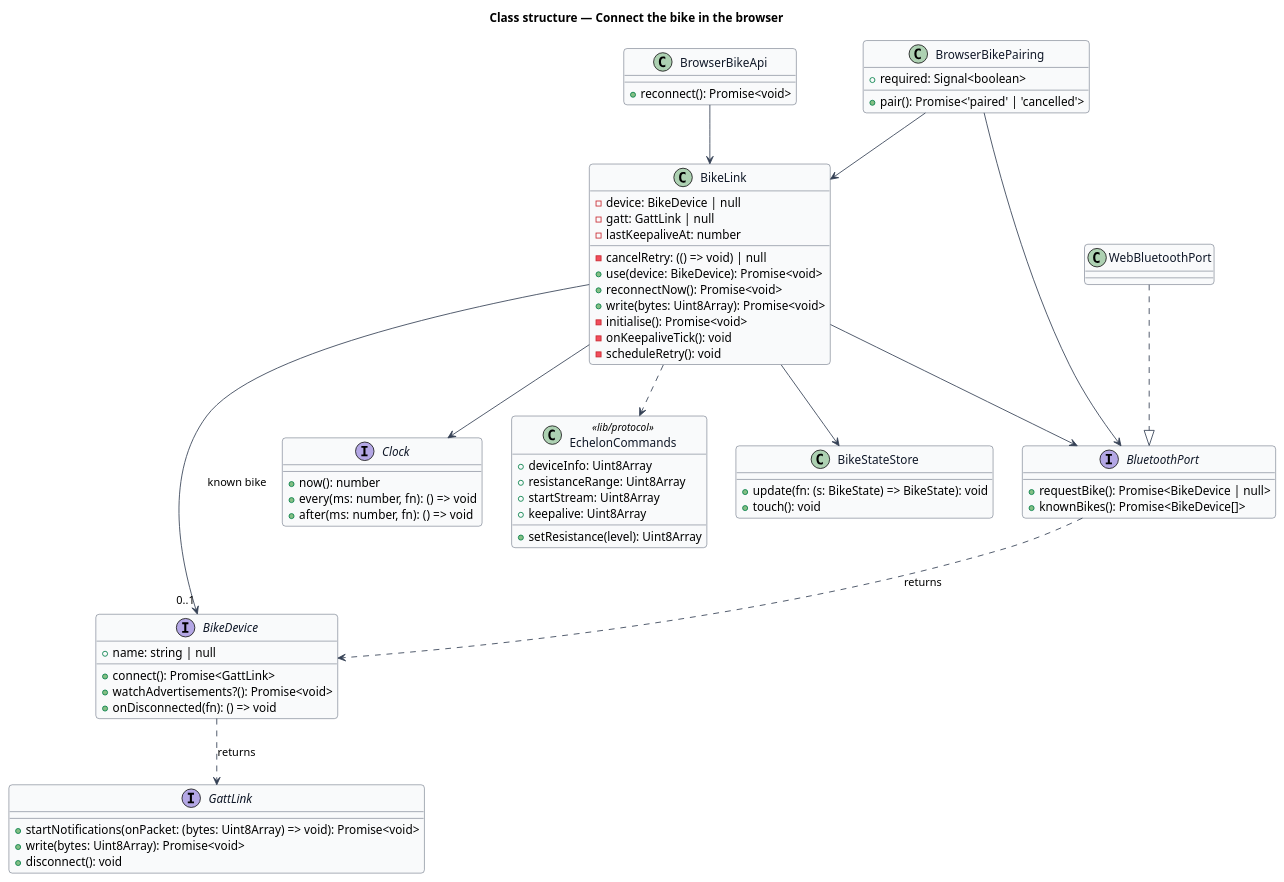
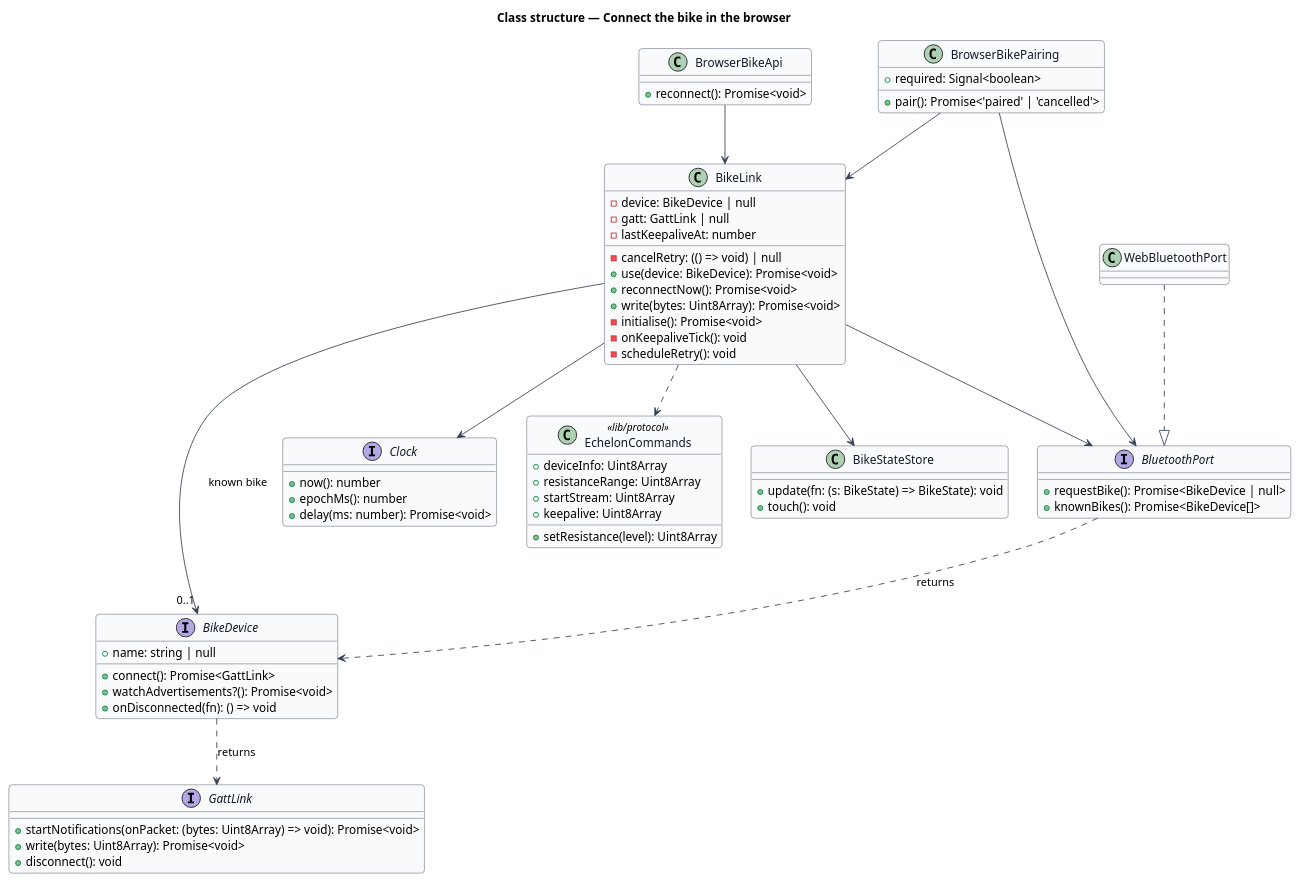
The diagram in docs/detailed-designs/browser-edition/connect-bike-in-browser/diagrams/class-structure.puml (QuinntyneBrown/ride-one), drawn with PlantUML before and after one commit. The commit also changed 25 other files, not shown here.

```diff
--- a/docs/detailed-designs/browser-edition/connect-bike-in-browser/diagrams/class-structure.puml
+++ b/docs/detailed-designs/browser-edition/connect-bike-in-browser/diagrams/class-structure.puml
@@ -1,77 +1,77 @@
 @startuml
 skinparam backgroundColor #FFFFFF
 skinparam shadowing false
 skinparam roundcorner 8
 skinparam defaultFontName Arial
 skinparam ArrowColor #344054
 skinparam class {
   BorderColor #344054
   FontColor #101828
   BackgroundColor #F9FAFB
 }
 title Class structure — Connect the bike in the browser
 
 interface BluetoothPort {
   +requestBike(): Promise<BikeDevice | null>
   +knownBikes(): Promise<BikeDevice[]>
 }
 interface BikeDevice {
   +name: string | null
   +connect(): Promise<GattLink>
   +watchAdvertisements?(): Promise<void>
   +onDisconnected(fn): () => void
 }
 interface GattLink {
   +startNotifications(onPacket: (bytes: Uint8Array) => void): Promise<void>
   +write(bytes: Uint8Array): Promise<void>
   +disconnect(): void
 }
 interface Clock {
   +now(): number
-  +every(ms: number, fn): () => void
-  +after(ms: number, fn): () => void
+  +epochMs(): number
+  +delay(ms: number): Promise<void>
 }
 class WebBluetoothPort
 class BikeLink {
   -device: BikeDevice | null
   -gatt: GattLink | null
   -lastKeepaliveAt: number
   -cancelRetry: (() => void) | null
   +use(device: BikeDevice): Promise<void>
   +reconnectNow(): Promise<void>
   +write(bytes: Uint8Array): Promise<void>
   -initialise(): Promise<void>
   -onKeepaliveTick(): void
   -scheduleRetry(): void
 }
 class EchelonCommands <<lib/protocol>> {
   +deviceInfo: Uint8Array
   +resistanceRange: Uint8Array
   +startStream: Uint8Array
   +keepalive: Uint8Array
   +setResistance(level): Uint8Array
 }
 class BrowserBikePairing {
   +required: Signal<boolean>
   +pair(): Promise<'paired' | 'cancelled'>
 }
 class BrowserBikeApi {
   +reconnect(): Promise<void>
 }
 class BikeStateStore {
   +update(fn: (s: BikeState) => BikeState): void
   +touch(): void
 }
 
 WebBluetoothPort ..|> BluetoothPort
 BluetoothPort ..> BikeDevice : returns
 BikeDevice ..> GattLink : returns
 BikeLink --> BluetoothPort
 BikeLink --> "0..1" BikeDevice : known bike
 BikeLink --> Clock
 BikeLink ..> EchelonCommands
 BikeLink --> BikeStateStore
 BrowserBikePairing --> BluetoothPort
 BrowserBikePairing --> BikeLink
 BrowserBikeApi --> BikeLink
 @enduml
```
